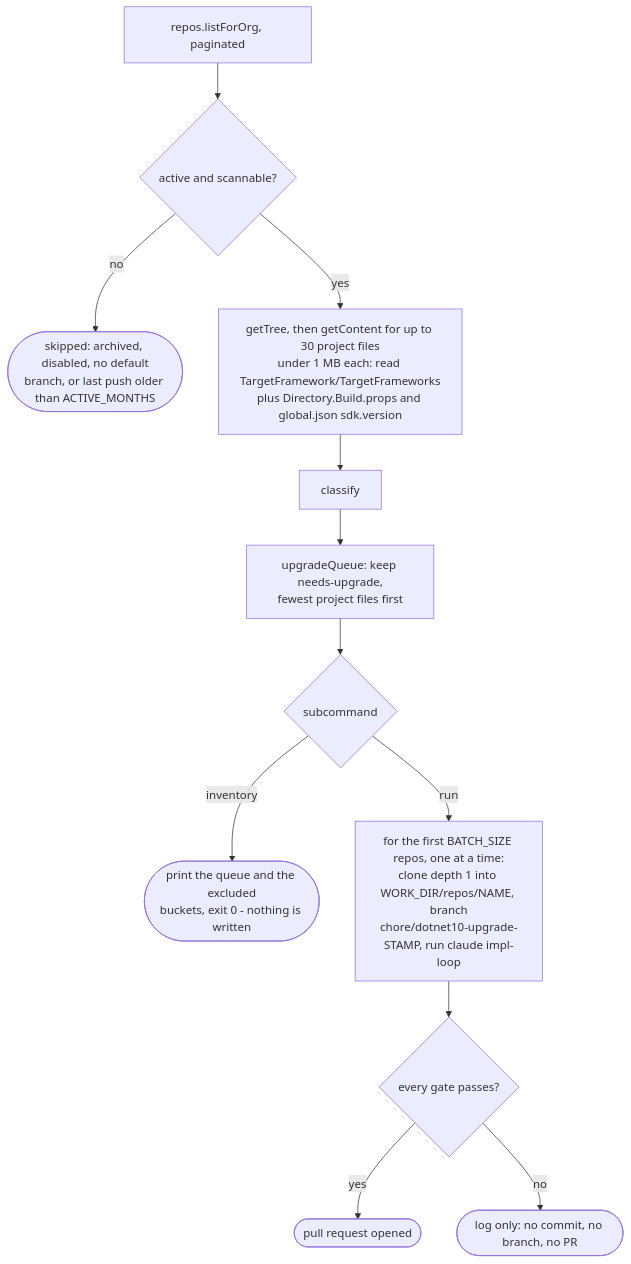
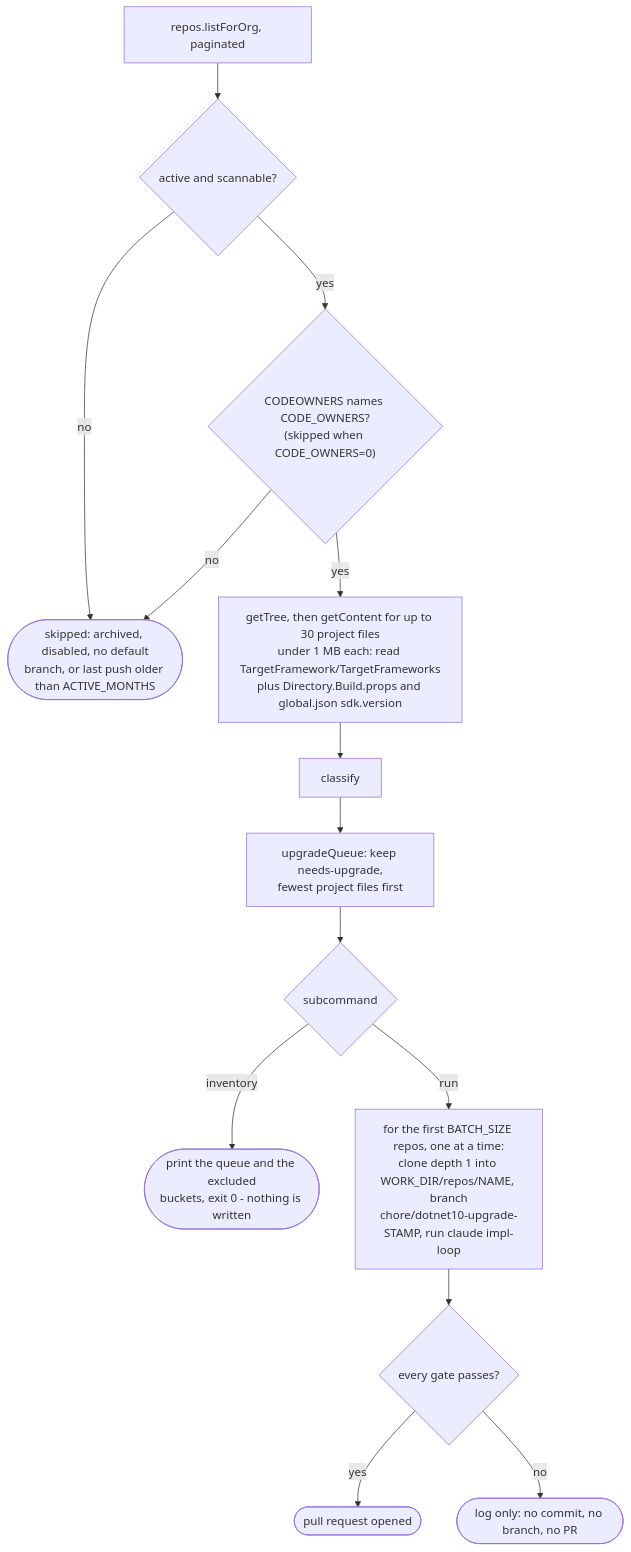
Before and after one commit to that-Gui/orgDotnetUpgrade: the first of 5 diagrams in README.md, drawn with Mermaid. The commit also changed other lines of this file and 3 other files, not shown here.

First line of the commit message:
code owners added

````diff
--- a/README.md
+++ b/README.md
@@ -17,14 +17,16 @@
 ```mermaid
 flowchart TD
     LIST["repos.listForOrg, paginated"] --> ACTIVE{"active and scannable?"}
     ACTIVE -->|no| SKIP(["skipped: archived, disabled, no default<br/>branch, or last push older than ACTIVE_MONTHS"])
-    ACTIVE -->|yes| READ["getTree, then getContent for up to 30 project files<br/>under 1 MB each: read TargetFramework/TargetFrameworks<br/>plus Directory.Build.props and global.json sdk.version"]
+    ACTIVE -->|yes| OWN{"CODEOWNERS names CODE_OWNERS?<br/>(skipped when CODE_OWNERS=0)"}
+    OWN -->|no| SKIP
+    OWN -->|yes| READ["getTree, then getContent for up to 30 project files<br/>under 1 MB each: read TargetFramework/TargetFrameworks<br/>plus Directory.Build.props and global.json sdk.version"]
     READ --> CLASS["classify"]
     CLASS --> QUEUE["upgradeQueue: keep needs-upgrade,<br/>fewest project files first"]
     QUEUE --> SUB{"subcommand"}
     SUB -->|inventory| PRINT(["print the queue and the excluded<br/>buckets, exit 0 - nothing is written"])
     SUB -->|run| RUN["for the first BATCH_SIZE repos, one at a time:<br/>clone depth 1 into WORK_DIR/repos/NAME, branch<br/>chore/dotnet10-upgrade-STAMP, run claude impl-loop"]
     RUN --> GATES{"every gate passes?"}
     GATES -->|yes| PR(["pull request opened"])
     GATES -->|no| LOG(["log only: no commit, no branch, no PR"])
 ```
````
